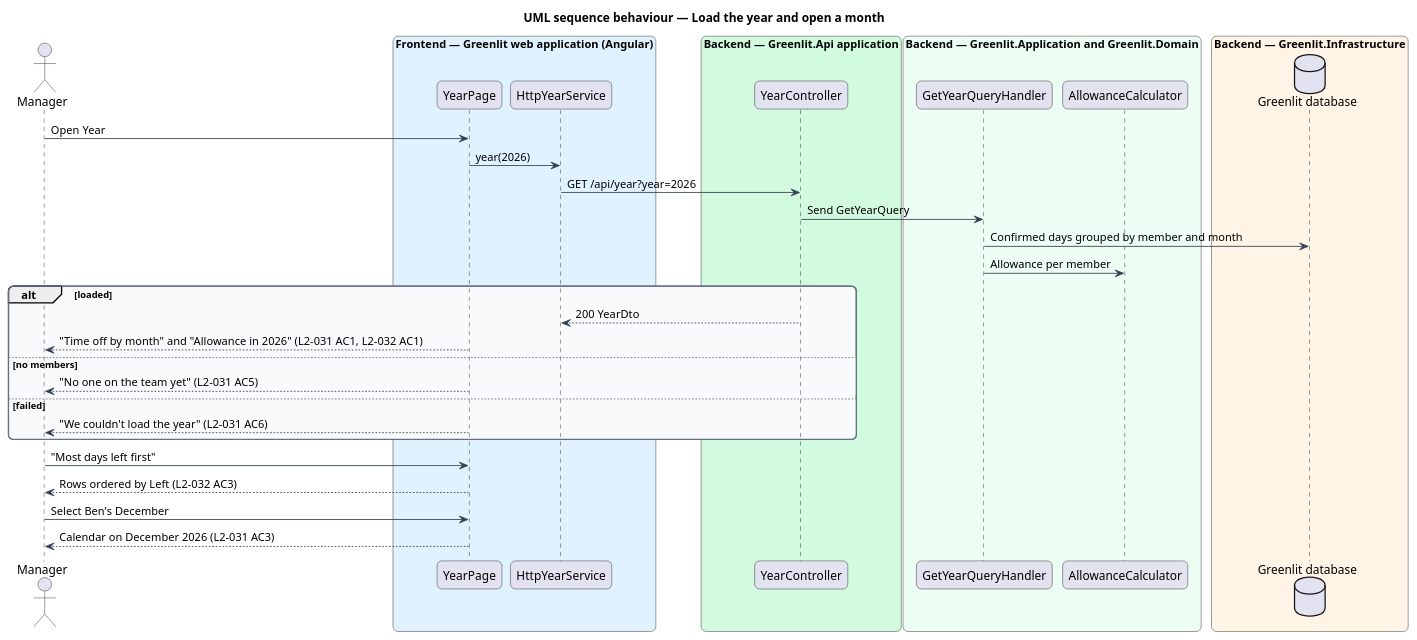
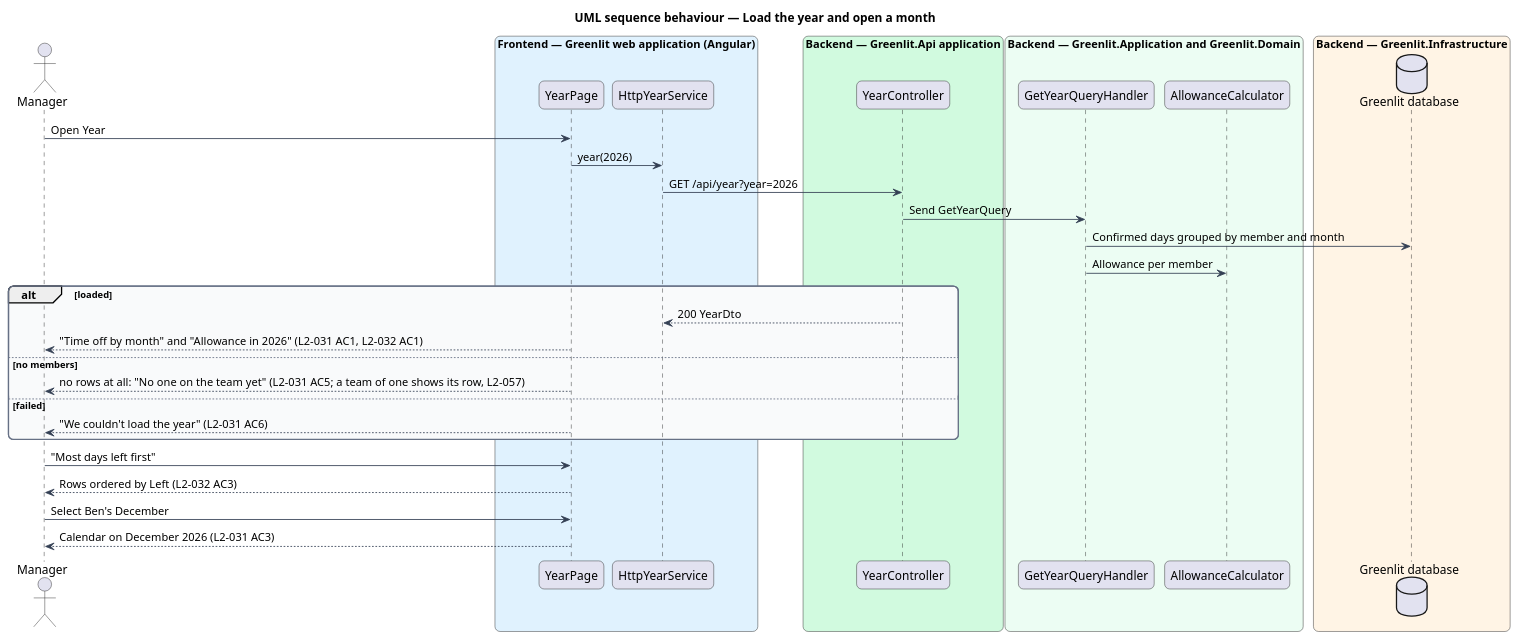
The diagram in docs/detailed-designs/allowances/year-overview/diagrams/sequence-load-year.puml (QuinntyneBrown/greenlit), drawn with PlantUML before and after one commit. The commit also changed 12 other files, not shown here.

First line of the commit message:
Show a team of one as a full sheet, year and requests (L2-057 slice 1)

```diff
--- a/docs/detailed-designs/allowances/year-overview/diagrams/sequence-load-year.puml
+++ b/docs/detailed-designs/allowances/year-overview/diagrams/sequence-load-year.puml
@@ -1,50 +1,50 @@
 @startuml
 title UML sequence behaviour — Load the year and open a month
 skinparam backgroundColor #FFFFFF
 skinparam shadowing false
 skinparam roundcorner 12
 skinparam defaultFontName Arial
 skinparam ArrowColor #344054
 skinparam rectangle {
   BorderColor #344054
   FontColor #101828
 }
 skinparam package {
   BorderColor #667085
   FontColor #101828
   BackgroundColor #F9FAFB
 }
 actor "Manager" as actor
 box "Frontend — Greenlit web application (Angular)" #E0F2FE
   participant "YearPage" as page
   participant "HttpYearService" as client
 end box
 box "Backend — Greenlit.Api application" #D1FADF
   participant "YearController" as ctrl
 end box
 box "Backend — Greenlit.Application and Greenlit.Domain" #ECFDF3
   participant "GetYearQueryHandler" as handler
   participant "AllowanceCalculator" as calc
 end box
 box "Backend — Greenlit.Infrastructure" #FFF4E5
   database "Greenlit database" as db
 end box
 actor -> page : Open Year
 page -> client : year(2026)
 client -> ctrl : GET /api/year?year=2026
 ctrl -> handler : Send GetYearQuery
 handler -> db : Confirmed days grouped by member and month
 handler -> calc : Allowance per member
 alt loaded
   ctrl --> client : 200 YearDto
   page --> actor : "Time off by month" and "Allowance in 2026" (L2-031 AC1, L2-032 AC1)
 else no members
-  page --> actor : "No one on the team yet" (L2-031 AC5)
+  page --> actor : no rows at all: "No one on the team yet" (L2-031 AC5; a team of one shows its row, L2-057)
 else failed
   page --> actor : "We couldn't load the year" (L2-031 AC6)
 end
 actor -> page : "Most days left first"
 page --> actor : Rows ordered by Left (L2-032 AC3)
 actor -> page : Select Ben's December
 page --> actor : Calendar on December 2026 (L2-031 AC3)
 @enduml
```
